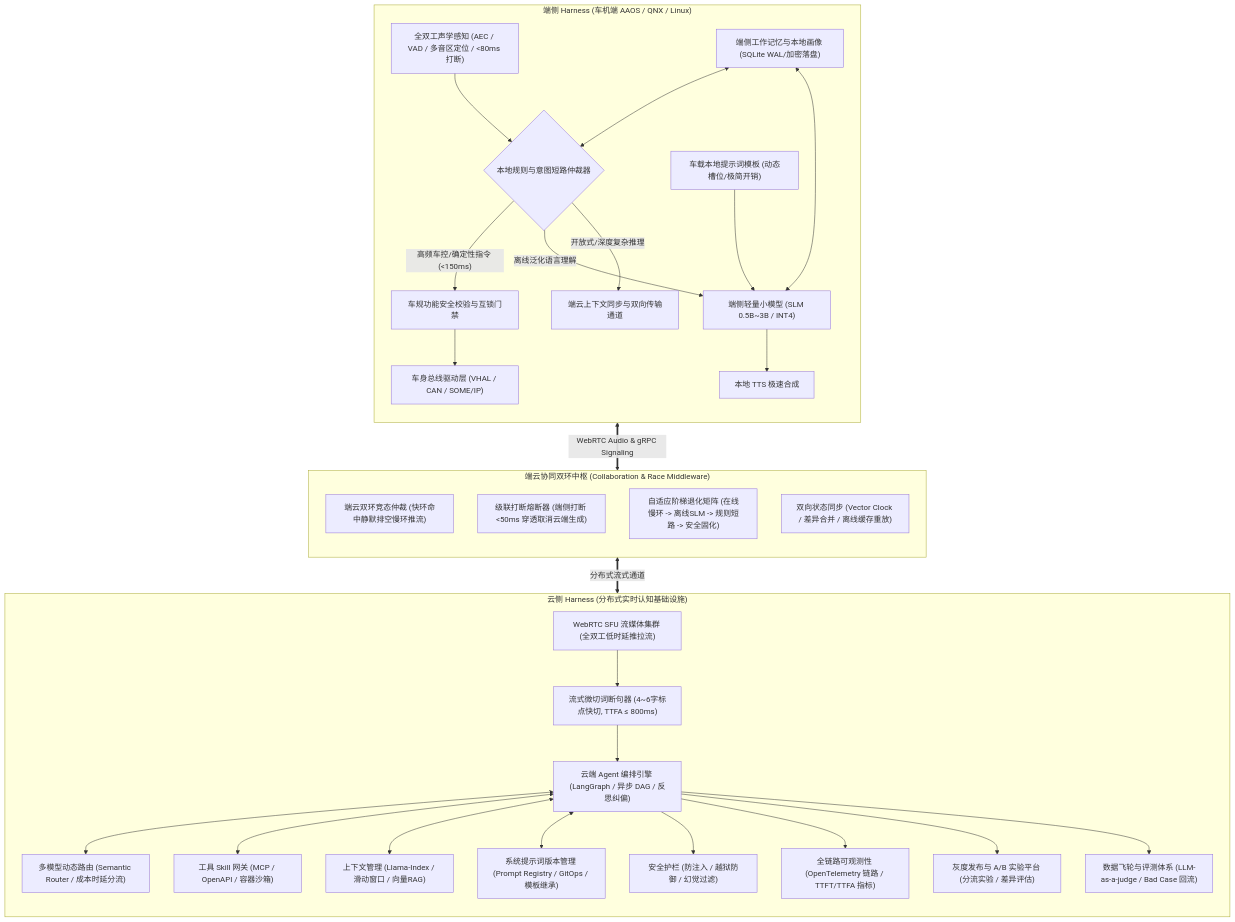
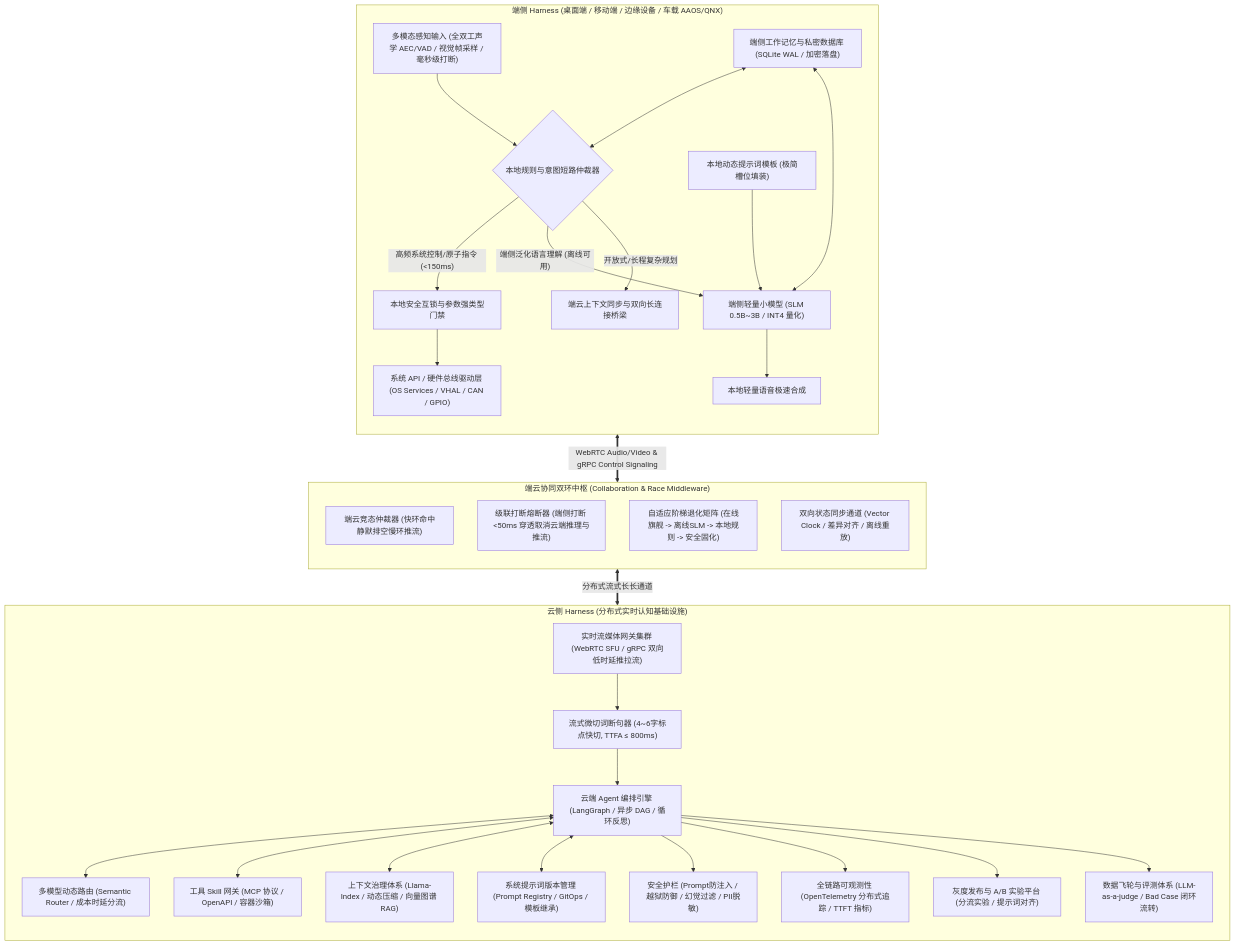
One commit to feixiao/FastAvatar changed the first of 2 diagrams in docs/ai-agent-harness-architecture.md. Above: the diagram before and after it, drawn with Mermaid. The commit also changed other lines of this file, not shown here.

First line of the commit message:
Refactor ai-agent-harness-architecture.md into truly universal AI Agent Harness whitepaper covering desktop, mobile, edge robotics, and smart vehicles

````diff
--- a/docs/ai-agent-harness-architecture.md
+++ b/docs/ai-agent-harness-architecture.md
@@ -47,46 +49,46 @@
 ```mermaid
 flowchart TB
-    subgraph Edge_Harness["端侧 Harness (车机端 AAOS / QNX / Linux)"]
+    subgraph Edge_Harness["端侧 Harness (桌面端 / 移动端 / 边缘设备 / 车载 AAOS/QNX)"]
         direction TB
-        Perception["全双工声学感知 (AEC / VAD / 多音区定位 / <80ms 打断)"] --> FastArbiter{"本地规则与意图短路仲裁器"}
+        Perception["多模态感知输入 (全双工声学 AEC/VAD / 视觉帧采样 / 毫秒级打断)"] --> FastArbiter{"本地规则与意图短路仲裁器"}
         
-        FastArbiter -- "高频车控/确定性指令 (<150ms)" --> InterlockGate["车规功能安全校验与互锁门禁"]
-        InterlockGate --> VHAL["车身总线驱动层 (VHAL / CAN / SOME/IP)"]
+        FastArbiter -- "高频系统控制/原子指令 (<150ms)" --> LocalInterlock["本地安全互锁与参数强类型门禁"]
+        LocalInterlock --> OS_HAL["系统 API / 硬件总线驱动层 (OS Services / VHAL / CAN / GPIO)"]
         
-        FastArbiter -- "离线泛化语言理解" --> LocalSLM["端侧轻量小模型 (SLM 0.5B~3B / INT4)"]
-        LocalSLM --> LocalTTS["本地 TTS 极速合成"]
+        FastArbiter -- "端侧泛化语言理解 (离线可用)" --> LocalSLM["端侧轻量小模型 (SLM 0.5B~3B / INT4 量化)"]
+        LocalSLM --> LocalTTS["本地轻量语音极速合成"]
         
-        FastArbiter -- "开放式/深度复杂推理" --> EdgeSync["端云上下文同步与双向传输通道"]
+        FastArbiter -- "开放式/长程复杂规划" --> EdgeSync["端云上下文同步与双向长连接桥梁"]
         
-        LocalPrompt["车载本地提示词模板 (动态槽位/极简开销)"] --> LocalSLM
-        LocalMemory["端侧工作记忆与本地画像 (SQLite WAL/加密落盘)"] <--> FastArbiter
+        LocalPrompt["本地动态提示词模板 (极简槽位填装)"] --> LocalSLM
+        LocalMemory["端侧工作记忆与私密数据库 (SQLite WAL / 加密落盘)"] <--> FastArbiter
         LocalMemory <--> LocalSLM
     end
 
     subgraph Collab_Layer["端云协同双环中枢 (Collaboration & Race Middleware)"]
         direction TB
-        ArbiterJudge["端云双环竞态仲裁 (快环命中静默排空慢环推流)"]
-        CascadeBargeIn["级联打断熔断器 (端侧打断 <50ms 穿透取消云端生成)"]
-        DegradeMatrix["自适应阶梯退化矩阵 (在线慢环 -> 离线SLM -> 规则短路 -> 安全固化)"]
-        StateSync["双向状态同步 (Vector Clock / 差异合并 / 离线缓存重放)"]
+        ArbiterJudge["端云竞态仲裁器 (快环命中静默排空慢环推流)"]
+        CascadeBargeIn["级联打断熔断器 (端侧打断 <50ms 穿透取消云端推理与推流)"]
+        DegradeMatrix["自适应阶梯退化矩阵 (在线旗舰 -> 离线SLM -> 本地规则 -> 安全固化)"]
+        StateSync["双向状态同步通道 (Vector Clock / 差异对齐 / 离线重放)"]
     end
 
     subgraph Cloud_Harness["云侧 Harness (分布式实时认知基础设施)"]
         direction TB
-        CloudSFU["WebRTC SFU 流媒体集群 (全双工低时延推拉流)"] --> StreamSplitter["流式微切词断句器 (4~6字标点快切, TTFA ≤ 800ms)"]
-        StreamSplitter --> AgentOrchestrator["云端 Agent 编排引擎 (LangGraph / 异步 DAG / 反思纠偏)"]
+        CloudGateway["实时流媒体网关集群 (WebRTC SFU / gRPC 双向低时延推拉流)"] --> StreamSplitter["流式微切词断句器 (4~6字标点快切, TTFA ≤ 800ms)"]
+        StreamSplitter --> AgentOrchestrator["云端 Agent 编排引擎 (LangGraph / 异步 DAG / 循环反思)"]
         
         AgentOrchestrator <--> ModelRouter["多模型动态路由 (Semantic Router / 成本时延分流)"]
-        AgentOrchestrator <--> SkillGateway["工具 Skill 网关 (MCP / OpenAPI / 容器沙箱)"]
-        AgentOrchestrator <--> ContextMgr["上下文管理 (Llama-Index / 滑动窗口 / 向量RAG)"]
+        AgentOrchestrator <--> SkillGateway["工具 Skill 网关 (MCP 协议 / OpenAPI / 容器沙箱)"]
+        AgentOrchestrator <--> ContextMgr["上下文治理体系 (Llama-Index / 动态压缩 / 向量图谱 RAG)"]
         AgentOrchestrator <--> PromptRegistry["系统提示词版本管理 (Prompt Registry / GitOps / 模板继承)"]
         
-        AgentOrchestrator --> SafetyGuard["安全护栏 (防注入 / 越狱防御 / 幻觉过滤)"]
-        AgentOrchestrator --> Observability["全链路可观测性 (OpenTelemetry 链路 / TTFT/TTFA 指标)"]
-        AgentOrchestrator --> ABTesting["灰度发布与 A/B 实验平台 (分流实验 / 差异评估)"]
-        AgentOrchestrator --> DataFlywheel["数据飞轮与评测体系 (LLM-as-a-judge / Bad Case 回流)"]
+        AgentOrchestrator --> SafetyGuard["安全护栏 (Prompt防注入 / 越狱防御 / 幻觉过滤 / PII脱敏)"]
+        AgentOrchestrator --> Observability["全链路可观测性 (OpenTelemetry 分布式追踪 / TTFT 指标)"]
+        AgentOrchestrator --> ABTesting["灰度发布与 A/B 实验平台 (分流实验 / 提示词对齐)"]
+        AgentOrchestrator --> DataFlywheel["数据飞轮与评测体系 (LLM-as-a-judge / Bad Case 闭环流转)"]
     end
 
-    EdgeSync <== "WebRTC Audio & gRPC Signaling" ==> Collab_Layer
-    Collab_Layer <== "分布式流式通道" ==> CloudSFU
+    EdgeSync <== "WebRTC Audio/Video & gRPC Control Signaling" ==> Collab_Layer
+    Collab_Layer <== "分布式流式长长通道" ==> CloudGateway
 ```
````
